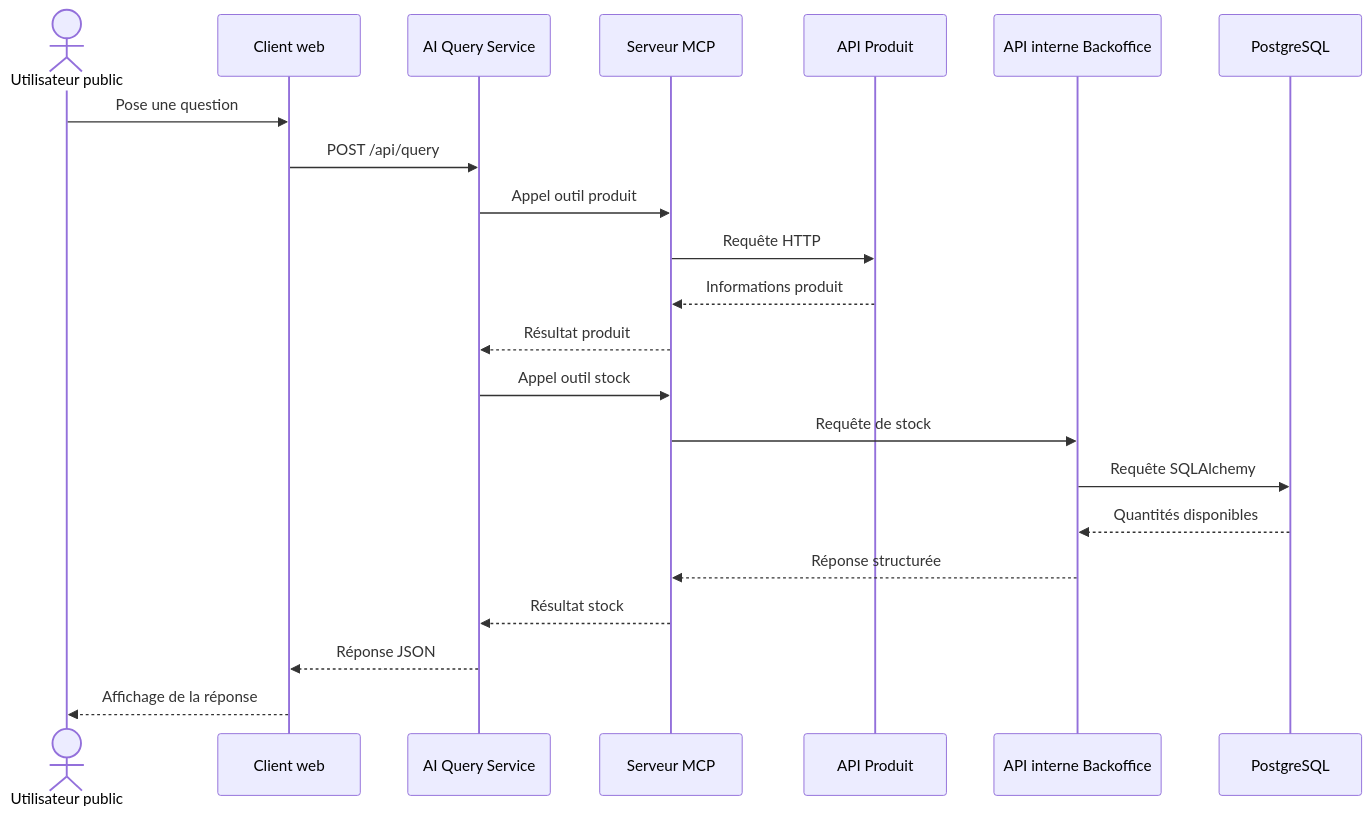
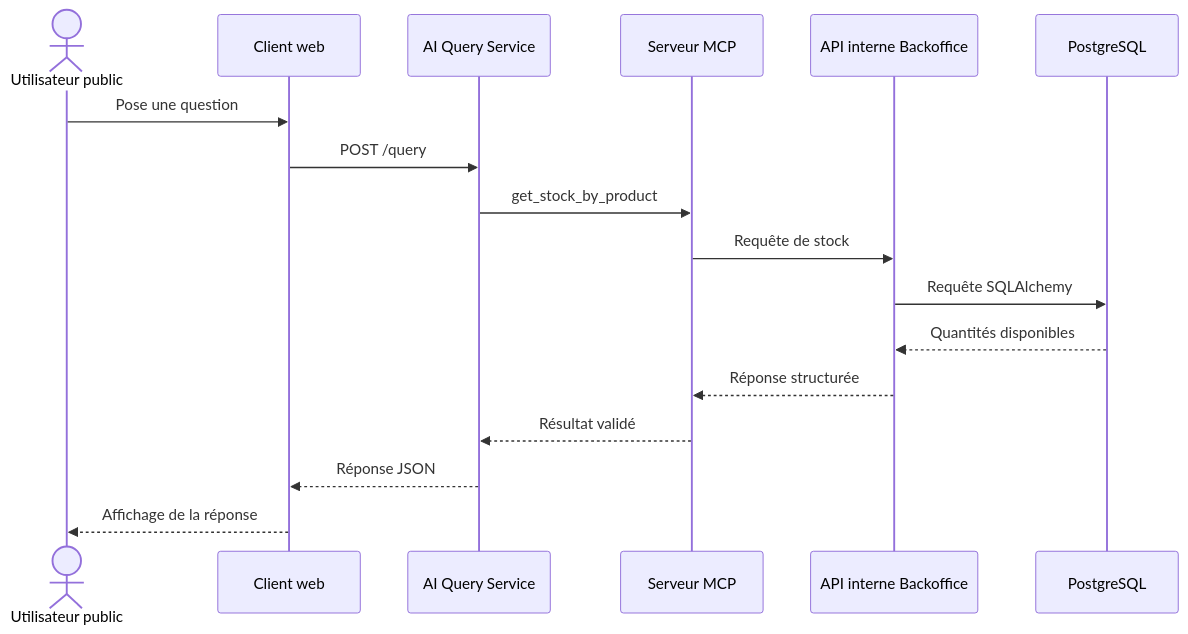
Before and after one commit to John-Natty/holbertonschool-hbntory: the second of 2 diagrams in docs/architecture.md, drawn with Mermaid. The commit also changed other lines of this file and 23 other files, not shown here.

````diff
--- a/docs/architecture.md
+++ b/docs/architecture.md
@@ -423,25 +428,20 @@
 ```mermaid
 sequenceDiagram
     actor User as Utilisateur public
     participant Client as Client web
     participant AI as AI Query Service
     participant MCP as Serveur MCP
-    participant Products as API Produit
     participant Backoffice as API interne Backoffice
     participant DB as PostgreSQL
 
     User->>Client: Pose une question
-    Client->>AI: POST /api/query
-    AI->>MCP: Appel outil produit
-    MCP->>Products: Requête HTTP
-    Products-->>MCP: Informations produit
-    MCP-->>AI: Résultat produit
-    AI->>MCP: Appel outil stock
+    Client->>AI: POST /query
+    AI->>MCP: get_stock_by_product
     MCP->>Backoffice: Requête de stock
     Backoffice->>DB: Requête SQLAlchemy
     DB-->>Backoffice: Quantités disponibles
     Backoffice-->>MCP: Réponse structurée
-    MCP-->>AI: Résultat stock
+    MCP-->>AI: Résultat validé
     AI-->>Client: Réponse JSON
     Client-->>User: Affichage de la réponse
 ```
````
